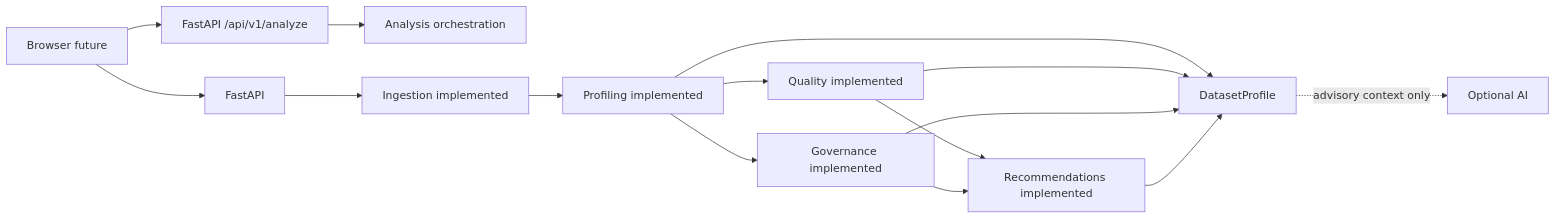
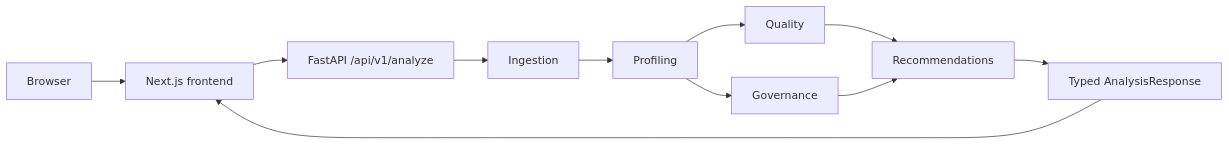
Before and after one commit to David-Simon-Soler/Data-Gobernance-Copilot: the diagram in docs/ARCHITECTURE.md, drawn with Mermaid. The commit also changed other lines of this file and 35 other files, not shown here.

````diff
--- a/docs/ARCHITECTURE.md
+++ b/docs/ARCHITECTURE.md
@@ -7,17 +7,13 @@
 ```mermaid
 flowchart LR
-  B[Browser future] --> A[FastAPI]
-  B --> H[FastAPI /api/v1/analyze]
-  H --> O[Analysis orchestration]
-  A --> I[Ingestion implemented]
-  I --> P[Profiling implemented]
-  P --> Q[Quality implemented]
-  P --> G[Governance implemented]
-  Q --> R[Recommendations implemented]
+  B[Browser] --> W[Next.js frontend]
+  W --> A[FastAPI /api/v1/analyze]
+  A --> I[Ingestion]
+  I --> P[Profiling]
+  P --> Q[Quality]
+  P --> G[Governance]
+  Q --> R[Recommendations]
   G --> R
-  P --> D[DatasetProfile]
-  Q --> D
-  G --> D
-  R --> D
-  D -. advisory context only .-> L[Optional AI]
+  R --> T[Typed AnalysisResponse]
+  T --> W
 ```
````
